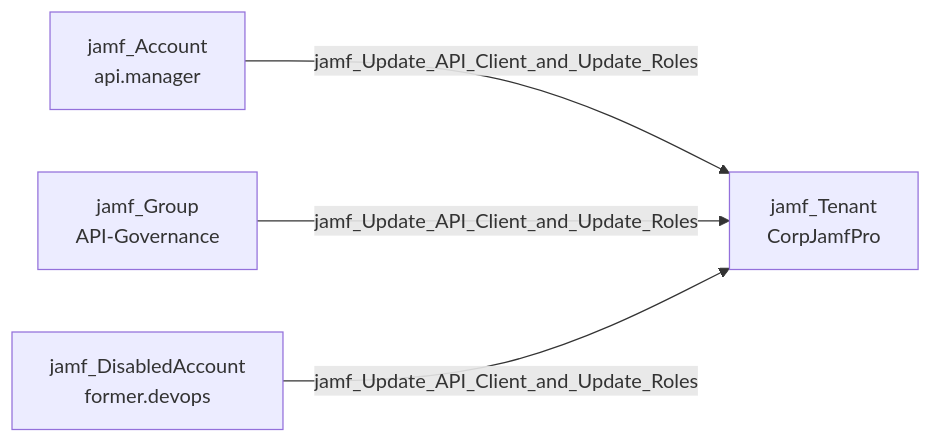
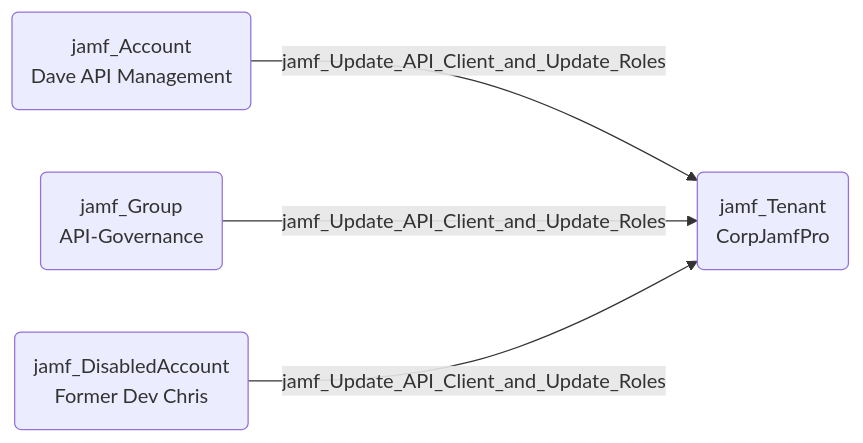
The diagram in docs/opengraph/extensions/jamfhound/reference/edges/jamf_update_api_client_and_update_roles.mdx (SpecterOps/bloodhound-docs), drawn with Mermaid before and after one commit. The commit also changed 33 other files, not shown here.

Commit message:
Updated documentation with revised mermaid diagrams

````diff
--- a/docs/opengraph/extensions/jamfhound/reference/edges/jamf_update_api_client_and_update_roles.mdx
+++ b/docs/opengraph/extensions/jamfhound/reference/edges/jamf_update_api_client_and_update_roles.mdx
@@ -18,6 +18,14 @@
 ```mermaid
 graph LR
-    A["jamf_Account\napi.manager"] -->|jamf_Update_API_Client_and_Update_Roles| B["jamf_Tenant\nCorpJamfPro"]
-    C["jamf_Group\nAPI-Governance"] -->|jamf_Update_API_Client_and_Update_Roles| B
-    D["jamf_DisabledAccount\nformer.devops"] -->|jamf_Update_API_Client_and_Update_Roles| B
+    A("jamf_Account
+Dave API Management")
+    B("jamf_Tenant
+CorpJamfPro")
+    C("jamf_Group
+API-Governance")
+    D("jamf_DisabledAccount
+Former Dev Chris")
+    A -- jamf_Update_API_Client_and_Update_Roles --> B
+    C -- jamf_Update_API_Client_and_Update_Roles --> B
+    D -- jamf_Update_API_Client_and_Update_Roles --> B
 ```
````
